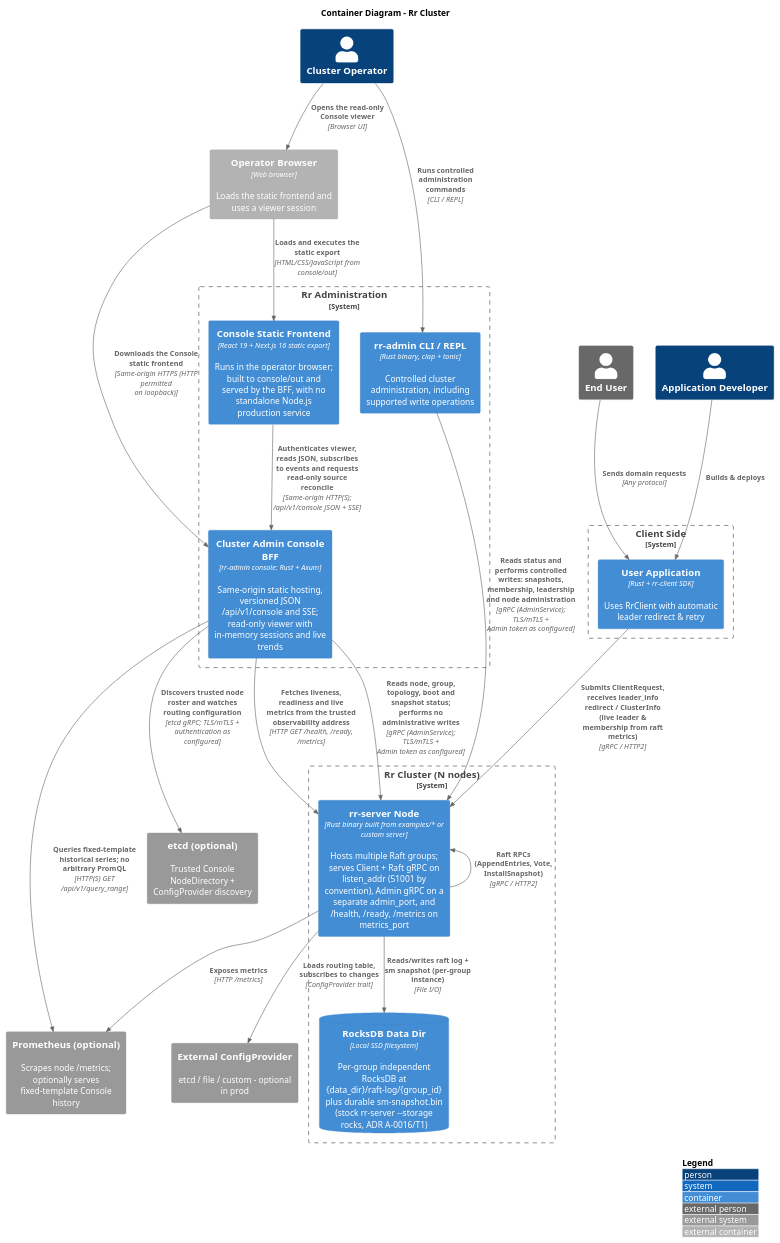
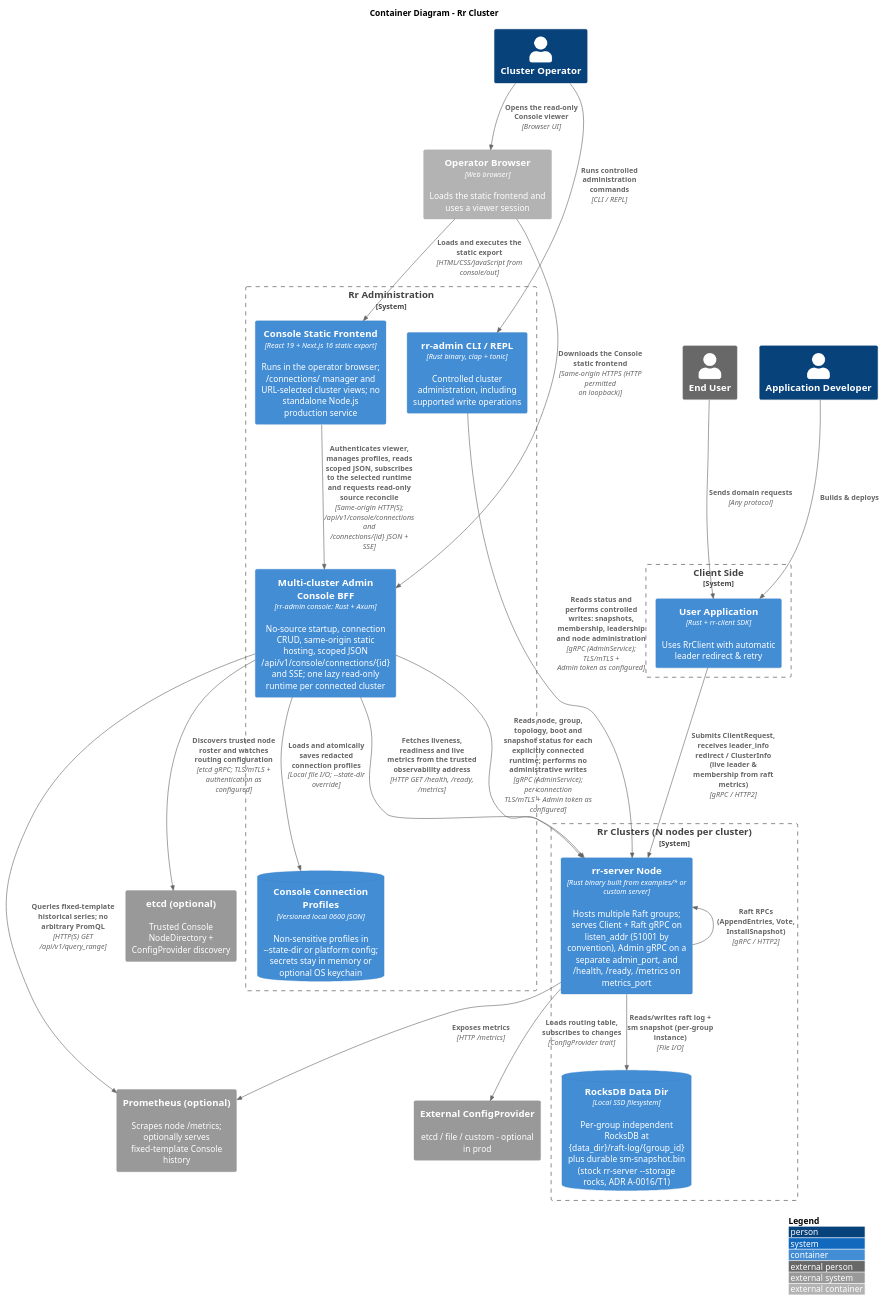
The diagram in docs/docs/architecture/c4/containers.md (gardenias/rr), drawn with PlantUML before and after one commit. The commit also changed other lines of this file and 115 other files, not shown here.

First line of the commit message:
feat(admin): add multi-cluster console client

````diff
--- a/docs/docs/architecture/c4/containers.md
+++ b/docs/docs/architecture/c4/containers.md
@@ -14,54 +14,56 @@
 ```plantuml
 @startuml
 !include <C4/C4_Container.puml>
 
 title Container Diagram - Rr Cluster
 
 Person(developer, "Application Developer")
 Person(operator, "Cluster Operator")
 Person_Ext(end_user, "End User")
 
 System_Boundary(client_side, "Client Side") {
   Container(user_app, "User Application", "Rust + rr-client SDK", "Uses RrClient with automatic leader redirect & retry")
 }
 
 System_Boundary(admin_tools, "Rr Administration") {
   Container(admin_cli, "rr-admin CLI / REPL", "Rust binary, clap + tonic", "Controlled cluster administration, including supported write operations")
-  Container(console_bff, "Cluster Admin Console BFF", "rr-admin console: Rust + Axum", "Same-origin static hosting, versioned JSON /api/v1/console and SSE; read-only viewer with in-memory sessions and live trends")
-  Container(console_ui, "Console Static Frontend", "React 19 + Next.js 16 static export", "Runs in the operator browser; built to console/out and served by the BFF, with no standalone Node.js production service")
+  Container(console_bff, "Multi-cluster Admin Console BFF", "rr-admin console: Rust + Axum", "No-source startup, connection CRUD, same-origin static hosting, scoped JSON /api/v1/console/connections/{id} and SSE; one lazy read-only runtime per connected cluster")
+  Container(console_ui, "Console Static Frontend", "React 19 + Next.js 16 static export", "Runs in the operator browser; /connections/ manager and URL-selected cluster views; no standalone Node.js production service")
+  ContainerDb(console_profiles, "Console Connection Profiles", "Versioned local 0600 JSON", "Non-sensitive profiles in --state-dir or platform config; secrets stay in memory or optional OS keychain")
 }
 
 Container_Ext(browser, "Operator Browser", "Web browser", "Loads the static frontend and uses a viewer session")
 
-System_Boundary(cluster, "Rr Cluster (N nodes)") {
+System_Boundary(cluster, "Rr Clusters (N nodes per cluster)") {
   Container(rr_node, "rr-server Node", "Rust binary built from examples/* or custom server", "Hosts multiple Raft groups; serves Client + Raft gRPC on listen_addr (51001 by convention), Admin gRPC on a separate admin_port, and /health, /ready, /metrics on metrics_port")
   ContainerDb(rocks, "RocksDB Data Dir", "Local SSD filesystem", "Per-group independent RocksDB at {data_dir}/raft-log/{group_id} plus durable sm-snapshot.bin (stock rr-server --storage rocks, ADR A-0016/T1)")
 }
 
 System_Ext(prometheus, "Prometheus (optional)", "Scrapes node /metrics; optionally serves fixed-template Console history")
 System_Ext(config_store, "External ConfigProvider", "etcd / file / custom - optional in prod")
 System_Ext(etcd, "etcd (optional)", "Trusted Console NodeDirectory + ConfigProvider discovery")
 
 Rel(end_user, user_app, "Sends domain requests", "Any protocol")
 Rel(user_app, rr_node, "Submits ClientRequest, receives leader_info redirect / ClusterInfo (live leader & membership from raft metrics)", "gRPC / HTTP2")
 Rel(admin_cli, rr_node, "Reads status and performs controlled writes: snapshots, membership, leadership and node administration", "gRPC (AdminService); TLS/mTLS + Admin token as configured")
-Rel(console_bff, rr_node, "Reads node, group, topology, boot and snapshot status; performs no administrative writes", "gRPC (AdminService); TLS/mTLS + Admin token as configured")
+Rel(console_bff, console_profiles, "Loads and atomically saves redacted connection profiles", "Local file I/O; --state-dir override")
+Rel(console_bff, rr_node, "Reads node, group, topology, boot and snapshot status for each explicitly connected runtime; performs no administrative writes", "gRPC (AdminService); per-connection TLS/mTLS + Admin token as configured")
 Rel(console_bff, rr_node, "Fetches liveness, readiness and live metrics from the trusted observability address", "HTTP GET /health, /ready, /metrics")
 
 Rel_U(rr_node, rr_node, "Raft RPCs (AppendEntries, Vote, InstallSnapshot)", "gRPC / HTTP2")
 Rel(rr_node, rocks, "Reads/writes raft log + sm snapshot (per-group instance)", "File I/O")
 Rel(rr_node, config_store, "Loads routing table, subscribes to changes", "ConfigProvider trait")
 Rel(rr_node, prometheus, "Exposes metrics", "HTTP /metrics")
 Rel(console_bff, etcd, "Discovers trusted node roster and watches routing configuration", "etcd gRPC; TLS/mTLS + authentication as configured")
 Rel(console_bff, prometheus, "Queries fixed-template historical series; no arbitrary PromQL", "HTTP(S) GET /api/v1/query_range")
 Rel(browser, console_bff, "Downloads the Console static frontend", "Same-origin HTTPS (HTTP permitted on loopback)")
 Rel(browser, console_ui, "Loads and executes the static export", "HTML/CSS/JavaScript from console/out")
-Rel(console_ui, console_bff, "Authenticates viewer, reads JSON, subscribes to events and requests read-only source reconcile", "Same-origin HTTP(S); /api/v1/console JSON + SSE")
+Rel(console_ui, console_bff, "Authenticates viewer, manages profiles, reads scoped JSON, subscribes to the selected runtime and requests read-only source reconcile", "Same-origin HTTP(S); /api/v1/console/connections and /connections/{id} JSON + SSE")
 
 Rel(developer, user_app, "Builds & deploys")
 Rel(operator, admin_cli, "Runs controlled administration commands", "CLI / REPL")
 Rel(operator, browser, "Opens the read-only Console viewer", "Browser UI")
 
 LAYOUT_WITH_LEGEND()
 @enduml
 ```
````
